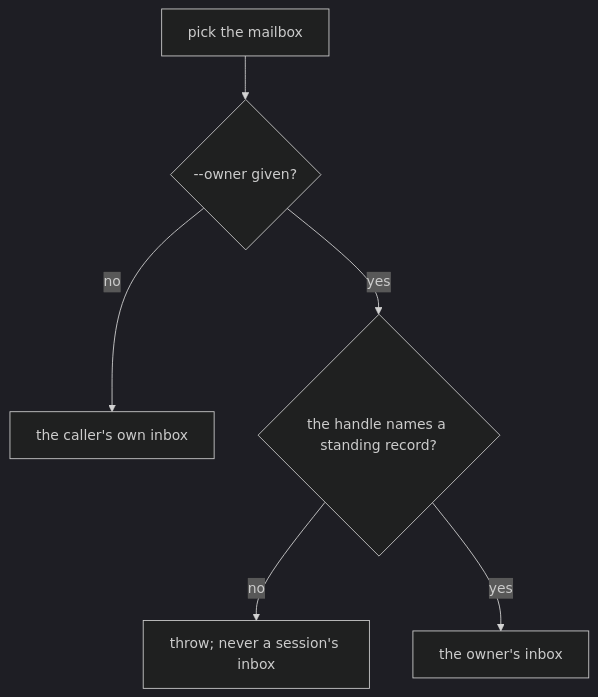
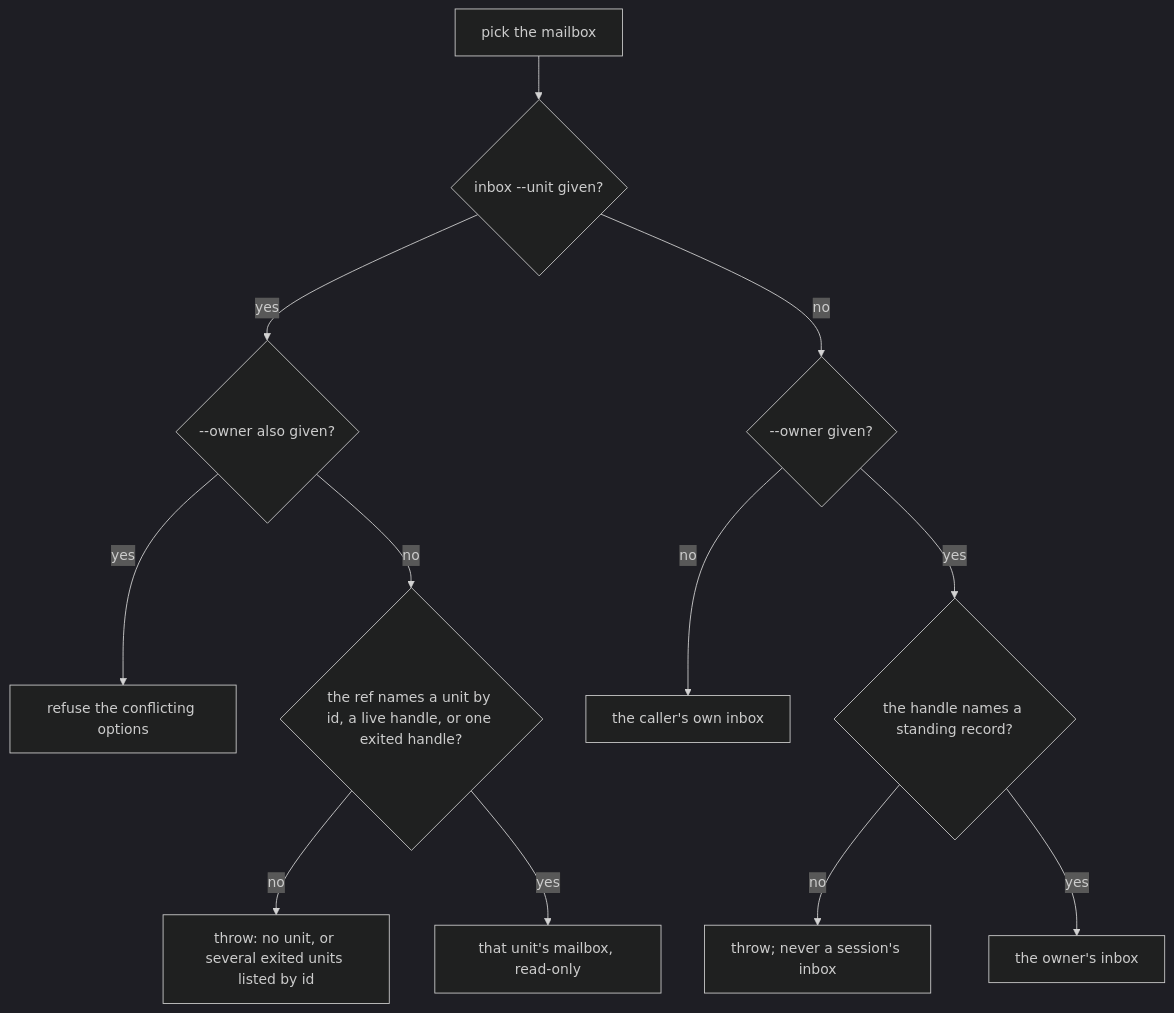
The first of 6 diagrams in packages/cyberlegion/.agents/spec/mail/core/README.md (cyberuni/cyberlegion), drawn with Mermaid (dark theme) before and after one commit. The commit also changed other lines of this file and 12 other files, not shown here.

First line of the commit message:
feat: list another unit's mail read-only with mail inbox --unit

````diff
--- a/packages/cyberlegion/.agents/spec/mail/core/README.md
+++ b/packages/cyberlegion/.agents/spec/mail/core/README.md
@@ -194,8 +217,14 @@
 ```mermaid
 graph TD
-  MB0["pick the mailbox"] --> MB1{"--owner given?"}
+  MB0["pick the mailbox"] --> MBU{"inbox --unit given?"}
+  MBU -- yes --> MBU1{"--owner also given?"}
+  MBU1 -- yes --> MBU1X["refuse the conflicting options"]
+  MBU1 -- no --> MBU2{"the ref names a unit by id, a live handle, or one exited handle?"}
+  MBU2 -- no --> MBU2X["throw: no unit, or several exited units listed by id"]
+  MBU2 -- yes --> MBU3["that unit's mailbox, read-only"]
+  MBU -- no --> MB1{"--owner given?"}
   MB1 -- no --> MB2["the caller's own inbox"]
   MB1 -- yes --> MB3{"the handle names a standing record?"}
   MB3 -- no --> MB3X["throw; never a session's inbox"]
   MB3 -- yes --> MB4["the owner's inbox"]
 ```
````
